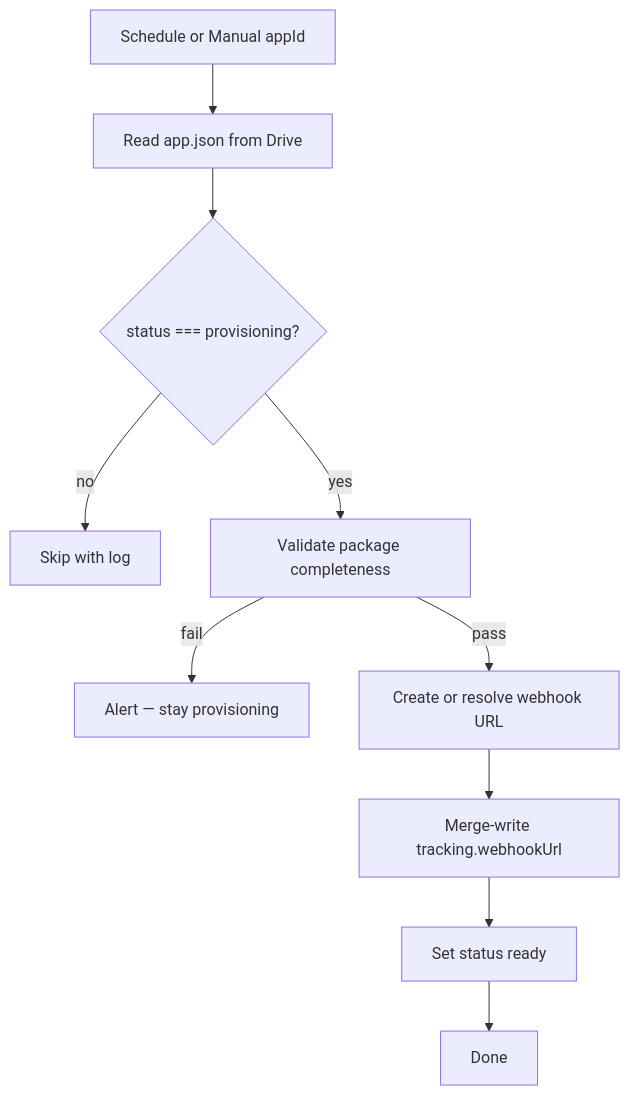
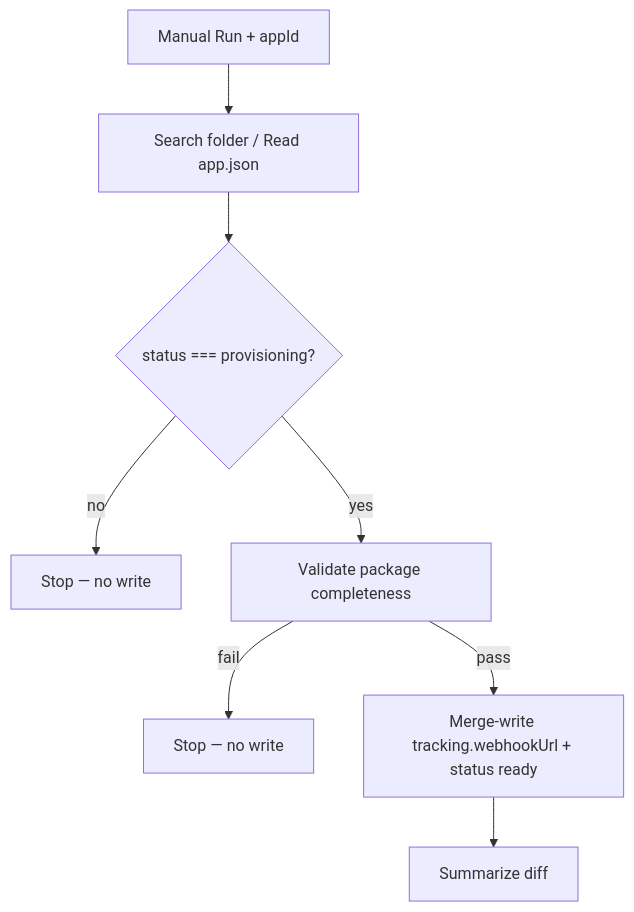
Before and after one commit to scootero/App-Validation-System: the first of 2 diagrams in n8n-workflows/WF0-PROVISIONING-PIPELINE-BLUEPRINT.md, drawn with Mermaid. The commit also changed other lines of this file and 54 other files, not shown here.

````diff
--- a/n8n-workflows/WF0-PROVISIONING-PIPELINE-BLUEPRINT.md
+++ b/n8n-workflows/WF0-PROVISIONING-PIPELINE-BLUEPRINT.md
@@ -72,12 +93,10 @@
 ```mermaid
 flowchart TD
-  T[Schedule or Manual appId] --> R[Read app.json from Drive]
+  T[Manual Run + appId] --> R[Search folder / Read app.json]
   R --> G{status === provisioning?}
-  G -->|no| SKIP[Skip with log]
+  G -->|no| SKIP[Stop — no write]
   G -->|yes| V[Validate package completeness]
-  V -->|fail| ERR[Alert — stay provisioning]
-  V -->|pass| WH[Create or resolve webhook URL]
-  WH --> WB[Merge-write tracking.webhookUrl]
-  WB --> READY[Set status ready]
-  READY --> DONE[Done]
+  V -->|fail| ERR[Stop — no write]
+  V -->|pass| WB[Merge-write tracking.webhookUrl + status ready]
+  WB --> DONE[Summarize diff]
 ```
````
